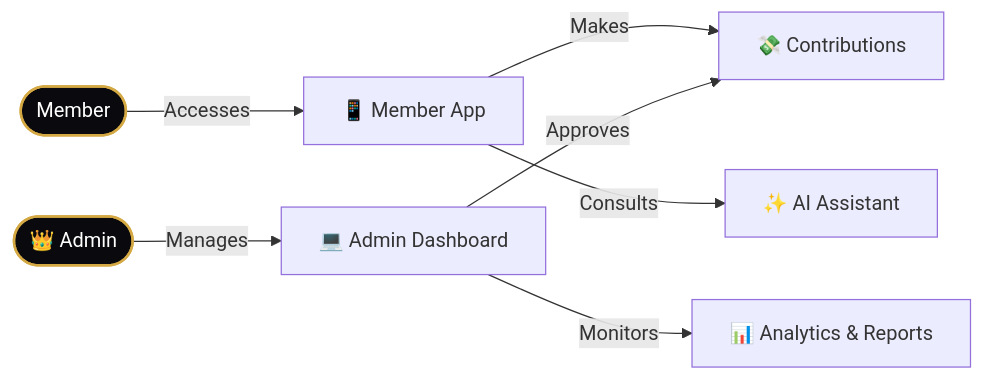
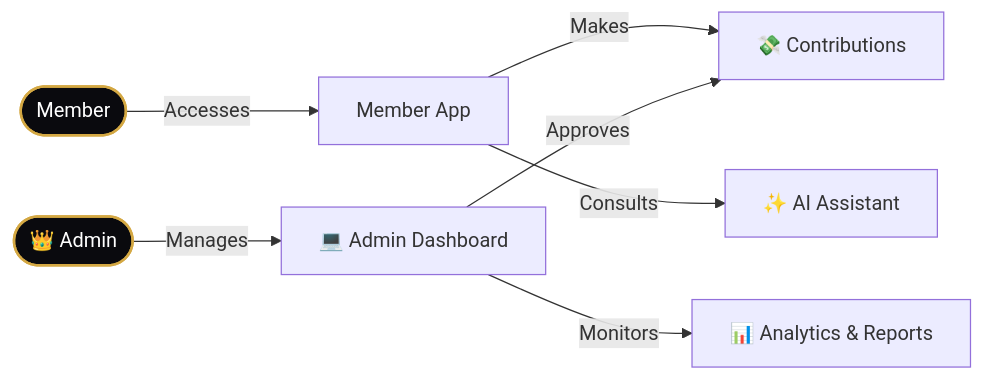
The diagram in README.md (iiradukunda-dev/shinecon), drawn with Mermaid before and after one commit.

````diff
--- a/README.md
+++ b/README.md
@@ -53,16 +53,16 @@
 ```mermaid
 flowchart LR
     %% User Journey
-    Member([ Member]) -->|Accesses| App[📱 Member App]
+    Member([ Member]) -->|Accesses| App[ Member App]
     App -->|Makes| Contrib[💸 Contributions]
     App -->|Consults| AI[✨ AI Assistant]
     
     %% Admin Journey
     Admin([👑 Admin]) -->|Manages| Dash[💻 Admin Dashboard]
     Dash -->|Approves| Contrib
     Dash -->|Monitors| Analytics[📊 Analytics & Reports]
     
     %% Styling
     style Member fill:#0a0a0e,stroke:#d4a843,stroke-width:2px,color:#fff
     style Admin fill:#0a0a0e,stroke:#d4a843,stroke-width:2px,color:#fff
 ```
````
